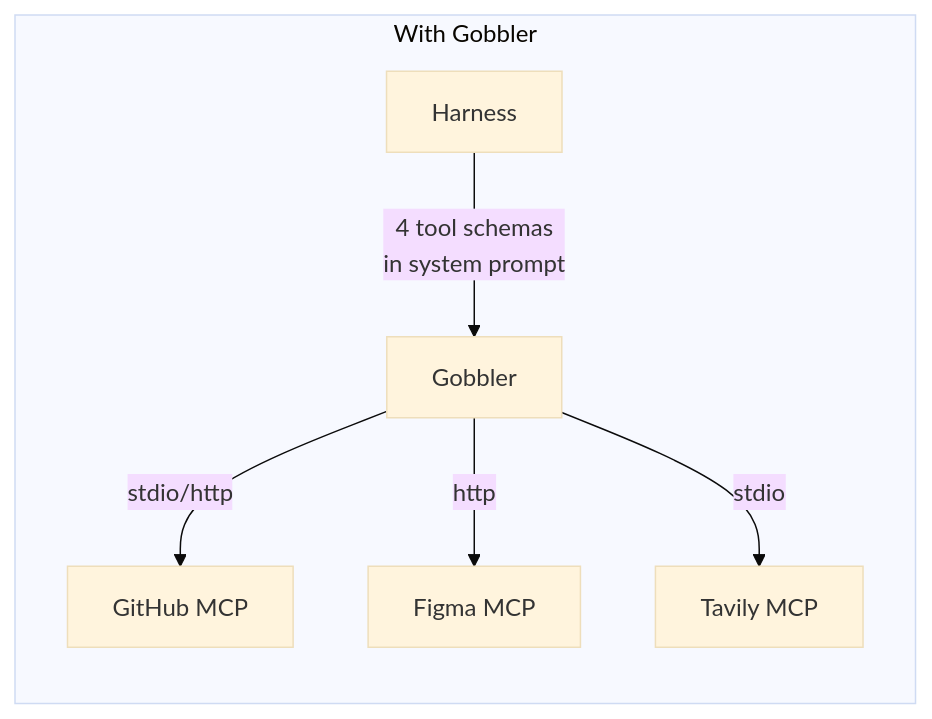
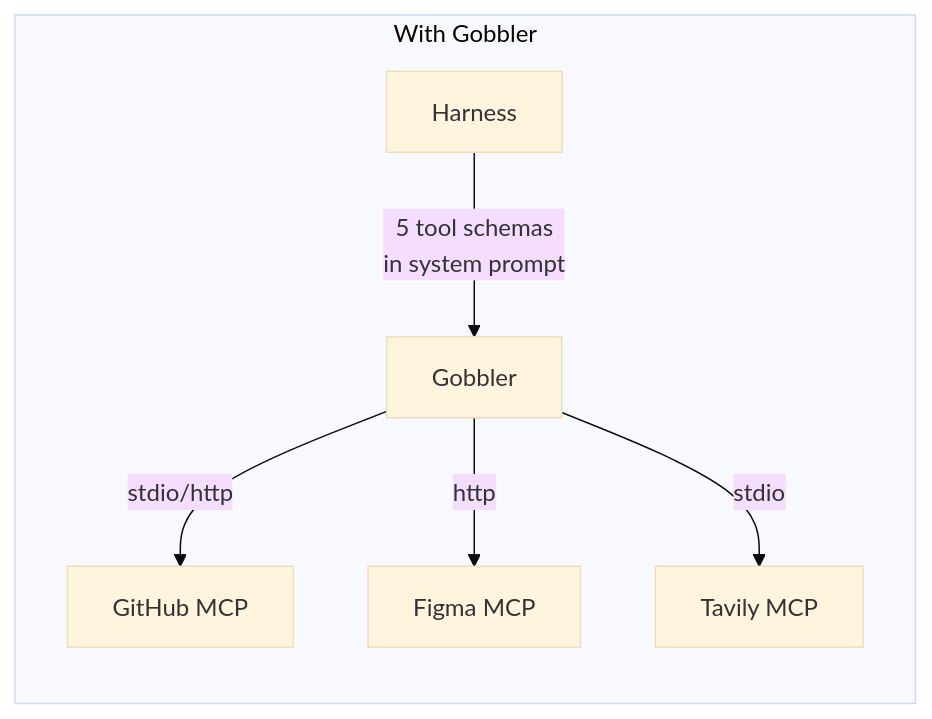
The second of 6 diagrams in README.md (robinojw/tldr), drawn with Mermaid (base theme) before and after one commit. The commit also changed other lines of this file and 5 other files, not shown here.

````diff
--- a/README.md
+++ b/README.md
@@ -24,9 +24,9 @@
 ```mermaid
 graph LR
     subgraph "With Gobbler"
-        H2[Harness] -->|"4 tool schemas<br/>in system prompt"| G[Gobbler]
+        H2[Harness] -->|"5 tool schemas<br/>in system prompt"| G[Gobbler]
         G -->|stdio/http| S4[GitHub MCP]
         G -->|http| S5[Figma MCP]
         G -->|stdio| S6[Tavily MCP]
     end
 ```
````
